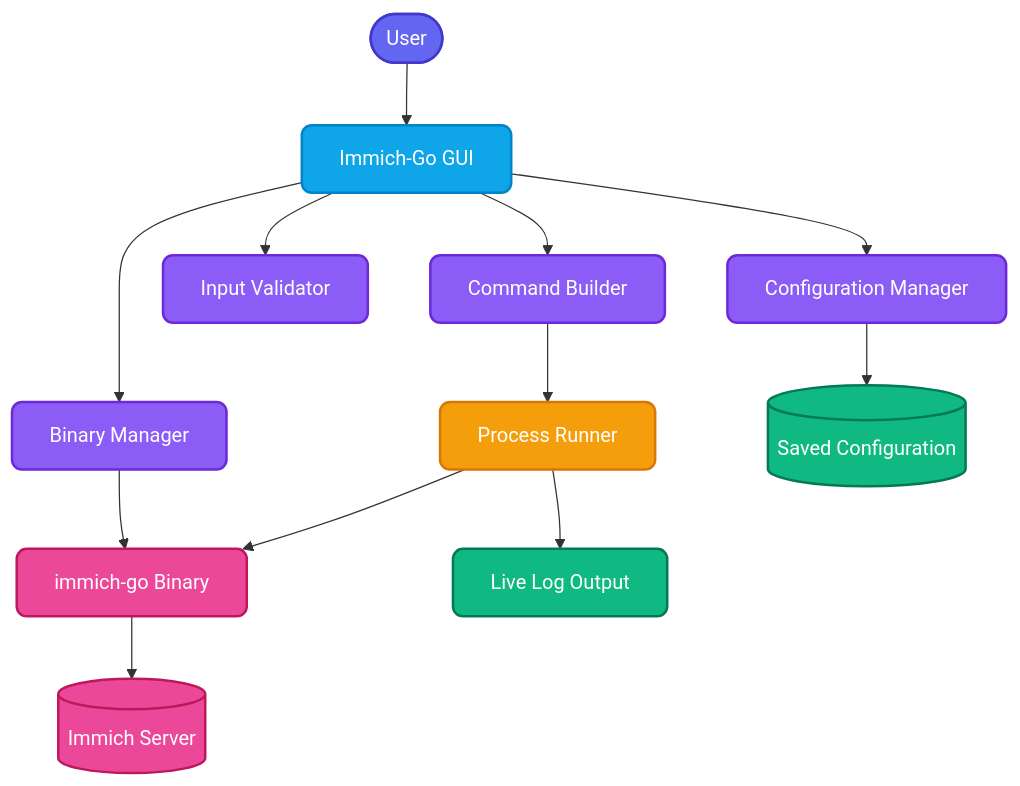
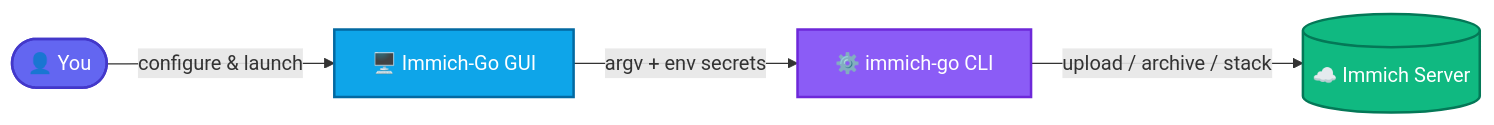
One commit to shitan198u/immich-go-gui changed the diagram in README.md. Above: the diagram before and after it, drawn with Mermaid. The commit also changed other lines of this file and 4 other files, not shown here.

Commit message:
docs: refine Mermaid diagrams with subgraphs and emoji; simplify README flowchart; surface releases page as primary download CTA

````diff
--- a/README.md
+++ b/README.md
@@ -39,33 +39,16 @@
 ```mermaid
-flowchart TB
-    classDef user fill:#6366f1,stroke:#4338ca,color:#ffffff,stroke-width:2px,rx:10px;
-    classDef gui fill:#0ea5e9,stroke:#0284c7,color:#ffffff,stroke-width:2px,rx:8px;
-    classDef core fill:#8b5cf6,stroke:#6d28d9,color:#ffffff,stroke-width:2px,rx:8px;
-    classDef process fill:#f59e0b,stroke:#d97706,color:#ffffff,stroke-width:2px,rx:8px;
-    classDef external fill:#ec4899,stroke:#be185d,color:#ffffff,stroke-width:2px,rx:8px;
-    classDef storage fill:#10b981,stroke:#047857,color:#ffffff,stroke-width:2px,rx:8px;
+flowchart LR
+    classDef userStyle fill:#6366f1,stroke:#4338ca,color:#fff,stroke-width:2px
+    classDef guiStyle fill:#0ea5e9,stroke:#0369a1,color:#fff,stroke-width:2px
+    classDef cliStyle fill:#8b5cf6,stroke:#6d28d9,color:#fff,stroke-width:2px
+    classDef serverStyle fill:#10b981,stroke:#047857,color:#fff,stroke-width:2px
 
-    User([User]):::user
-    GUI[Immich-Go GUI]:::gui
-    Config[Configuration Manager]:::core
-    Validator[Input Validator]:::core
-    Builder[Command Builder]:::core
-    Downloader[Binary Manager]:::core
-    Process[Process Runner]:::process
-    Binary[immich-go Binary]:::external
-    Server[(Immich Server)]:::external
-    Log[Live Log Output]:::storage
-    Settings[(Saved Configuration)]:::storage
+    User([👤 You]):::userStyle
+    GUI[🖥️ Immich-Go GUI]:::guiStyle
+    CLI[⚙️ immich-go CLI]:::cliStyle
+    Server[(☁️ Immich Server)]:::serverStyle
 
-    User --> GUI
-    GUI --> Config
-    GUI --> Validator
-    GUI --> Builder
-    GUI --> Downloader
-    Builder --> Process
-    Downloader --> Binary
-    Process --> Binary
-    Binary --> Server
-    Process --> Log
-    Config --> Settings
+    User -->|configure & launch| GUI
+    GUI -->|argv + env secrets| CLI
+    CLI -->|upload / archive / stack| Server
 ```
````
